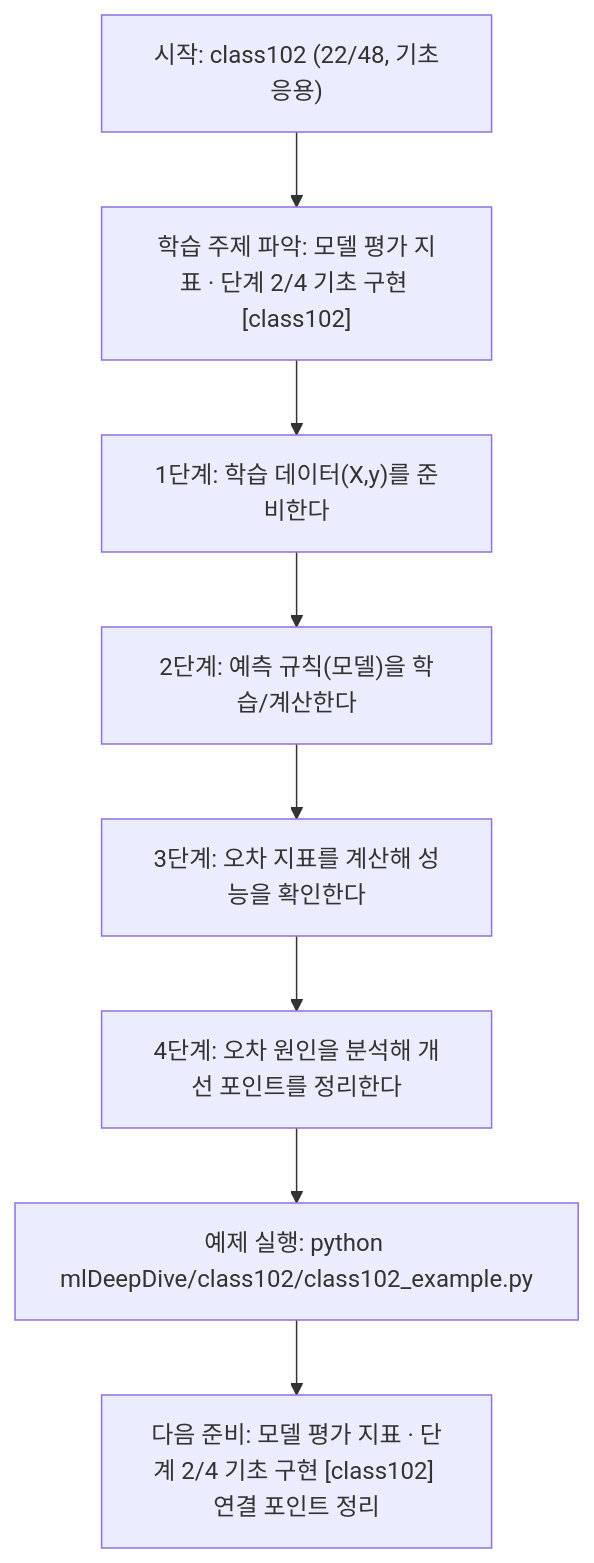
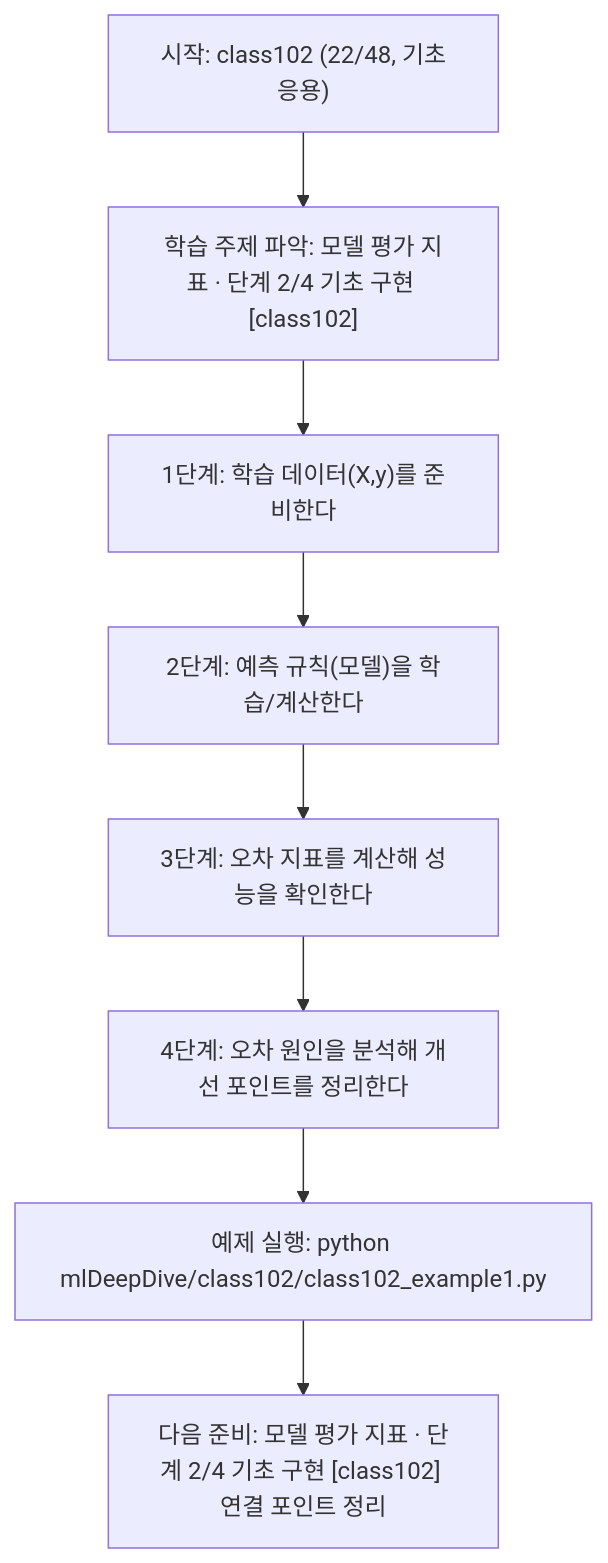
The diagram in mlDeepDive/class102/class102.md (edumgt/Python-AI_Agent-Class), drawn with Mermaid before and after one commit. The commit also changed other lines of this file and 2959 other files, not shown here.

````diff
--- a/mlDeepDive/class102/class102.md
+++ b/mlDeepDive/class102/class102.md
@@ -110,18 +110,18 @@
 ```mermaid
 flowchart TD
 N1["시작: class102 (22/48, 기초응용)"]
 N2["학습 주제 파악: 모델 평가 지표 · 단계 2/4 기초 구현 [class102]"]
 N3["1단계: 학습 데이터(X,y)를 준비한다"]
 N4["2단계: 예측 규칙(모델)을 학습/계산한다"]
 N5["3단계: 오차 지표를 계산해 성능을 확인한다"]
 N6["4단계: 오차 원인을 분석해 개선 포인트를 정리한다"]
-N7["예제 실행: python mlDeepDive/class102/class102_example.py"]
+N7["예제 실행: python mlDeepDive/class102/class102_example1.py"]
 N8["다음 준비: 모델 평가 지표 · 단계 2/4 기초 구현 [class102] 연결 포인트 정리"]
 N1 --> N2
 N2 --> N3
 N3 --> N4
 N4 --> N5
 N5 --> N6
 N6 --> N7
 N7 --> N8
 ```
````
